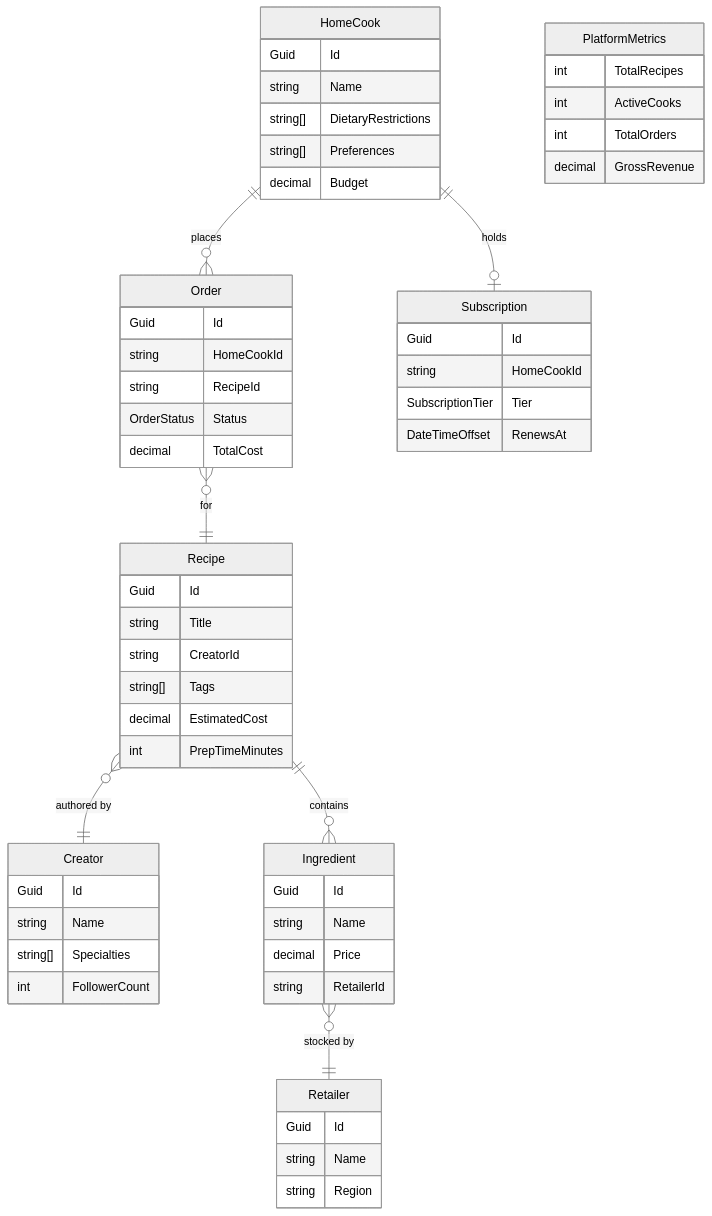
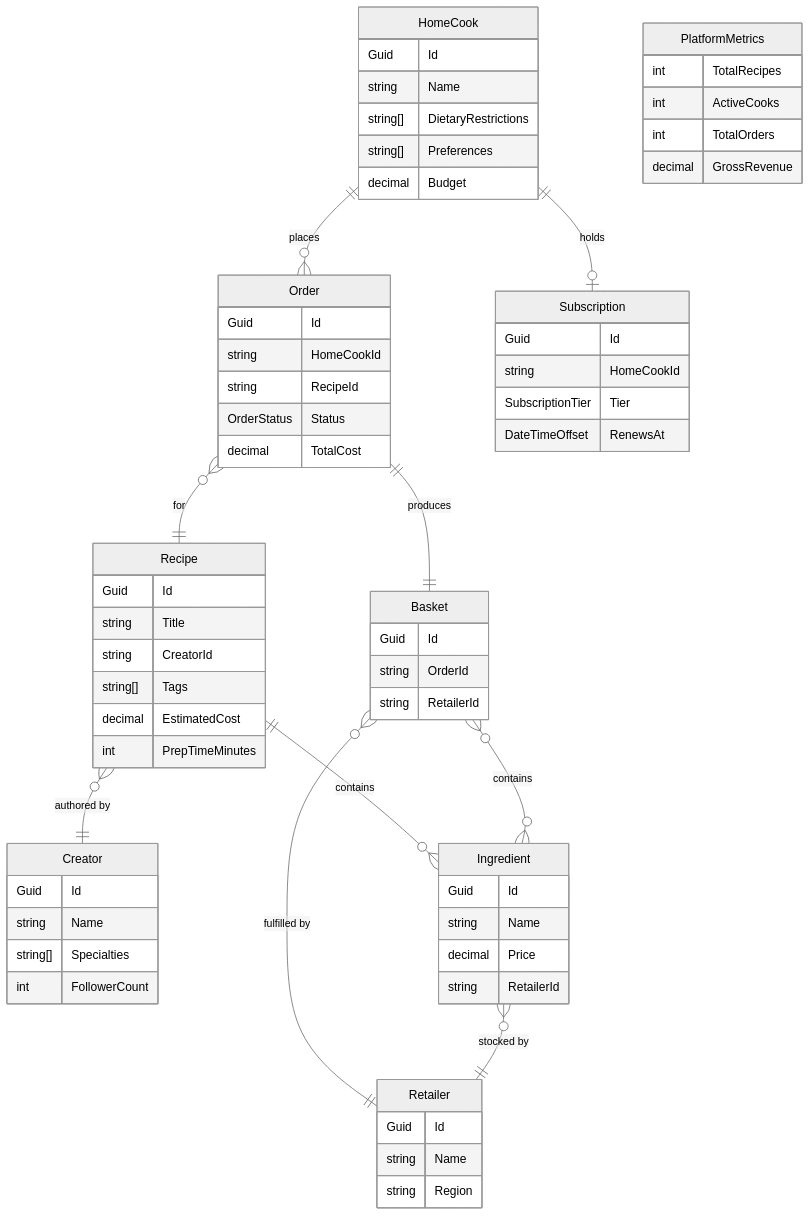
The second of 4 diagrams in .docs/architecture.md (adammarquette/RecipeIQ), drawn with Mermaid (neutral theme) before and after one commit. The commit also changed other lines of this file and 53 other files, not shown here.

````diff
--- a/.docs/architecture.md
+++ b/.docs/architecture.md
@@ -61,61 +67,69 @@
 ```mermaid
 erDiagram
     HomeCook {
         Guid Id
         string Name
         string[] DietaryRestrictions
         string[] Preferences
         decimal Budget
     }
     Recipe {
         Guid Id
         string Title
         string CreatorId
         string[] Tags
         decimal EstimatedCost
         int PrepTimeMinutes
     }
     Creator {
         Guid Id
         string Name
         string[] Specialties
         int FollowerCount
     }
     Retailer {
         Guid Id
         string Name
         string Region
     }
     Ingredient {
         Guid Id
         string Name
         decimal Price
         string RetailerId
     }
     Order {
         Guid Id
         string HomeCookId
         string RecipeId
         OrderStatus Status
         decimal TotalCost
     }
+    Basket {
+        Guid Id
+        string OrderId
+        string RetailerId
+    }
     Subscription {
         Guid Id
         string HomeCookId
         SubscriptionTier Tier
         DateTimeOffset RenewsAt
     }
     PlatformMetrics {
         int TotalRecipes
         int ActiveCooks
         int TotalOrders
         decimal GrossRevenue
     }
 
     HomeCook ||--o{ Order : places
     HomeCook ||--o| Subscription : holds
     Recipe ||--o{ Ingredient : contains
     Recipe }o--|| Creator : "authored by"
+    Order ||--|| Basket : "produces"
     Order }o--|| Recipe : "for"
+    Basket }o--o{ Ingredient : "contains"
+    Basket }o--|| Retailer : "fulfilled by"
     Ingredient }o--|| Retailer : "stocked by"
 ```
````
